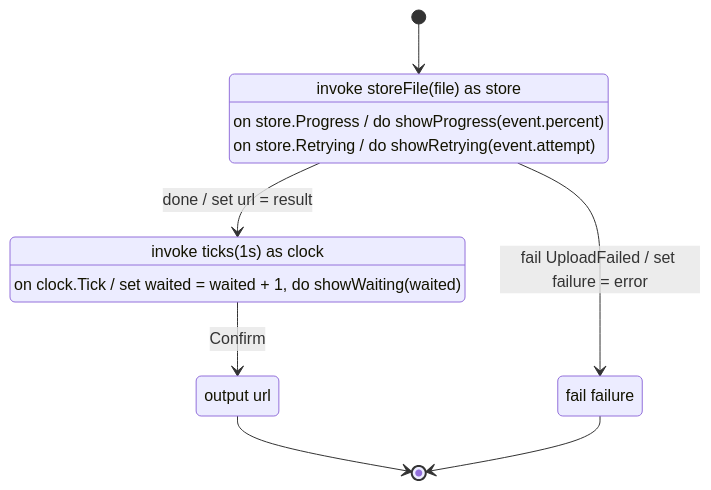
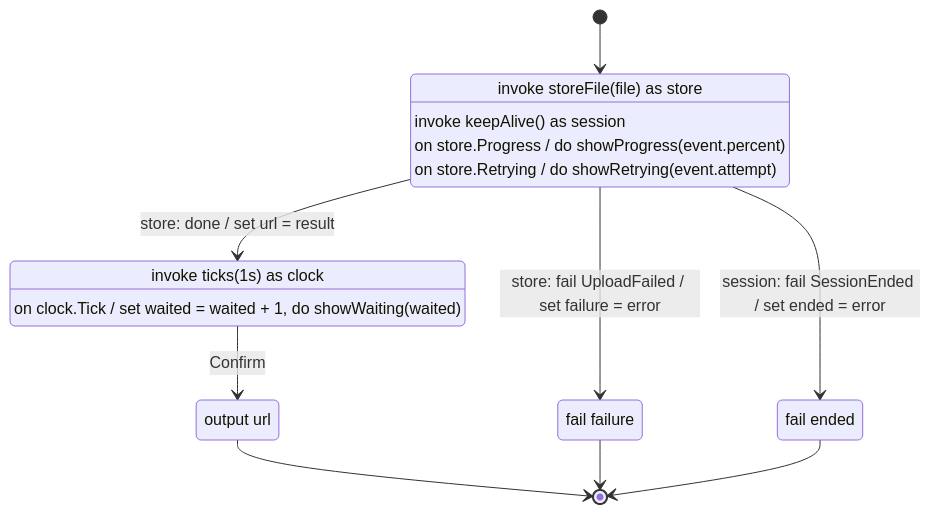
Before and after one commit to dire-kiwi/roadbook: the first of 3 diagrams in packages/viewer/test/mermaid/examples-upload-attach.md, drawn with Mermaid. The commit also changed other lines of this file and 8 other files, not shown here.

First line of the commit message:
Docs, the Attach example's keepAlive heartbeat, and the rebuilt WebAssembly compiler

````diff
--- a/packages/viewer/test/mermaid/examples-upload-attach.md
+++ b/packages/viewer/test/mermaid/examples-upload-attach.md
@@ -10,16 +10,20 @@
 ```mermaid
 stateDiagram-v2
   Storing: invoke storeFile(file) as store
+  Storing: invoke keepAlive() as session
   Storing: on store.Progress / do showProgress(event.percent)
   Storing: on store.Retrying / do showRetrying(event.attempt)
   Confirming: invoke ticks(1s) as clock
   Confirming: on clock.Tick / set waited = waited + 1, do showWaiting(waited)
   Attached: output url
   Failed: fail failure
+  SignedOut: fail ended
   [*] --> Storing
-  Storing --> Confirming: done / set url = result
-  Storing --> Failed: fail UploadFailed / set failure = error
+  Storing --> Confirming: store#58; done / set url = result
+  Storing --> Failed: store#58; fail UploadFailed / set failure = error
+  Storing --> SignedOut: session#58; fail SessionEnded / set ended = error
   Confirming --> Attached: Confirm
   Attached --> [*]
   Failed --> [*]
+  SignedOut --> [*]
 ```
````
